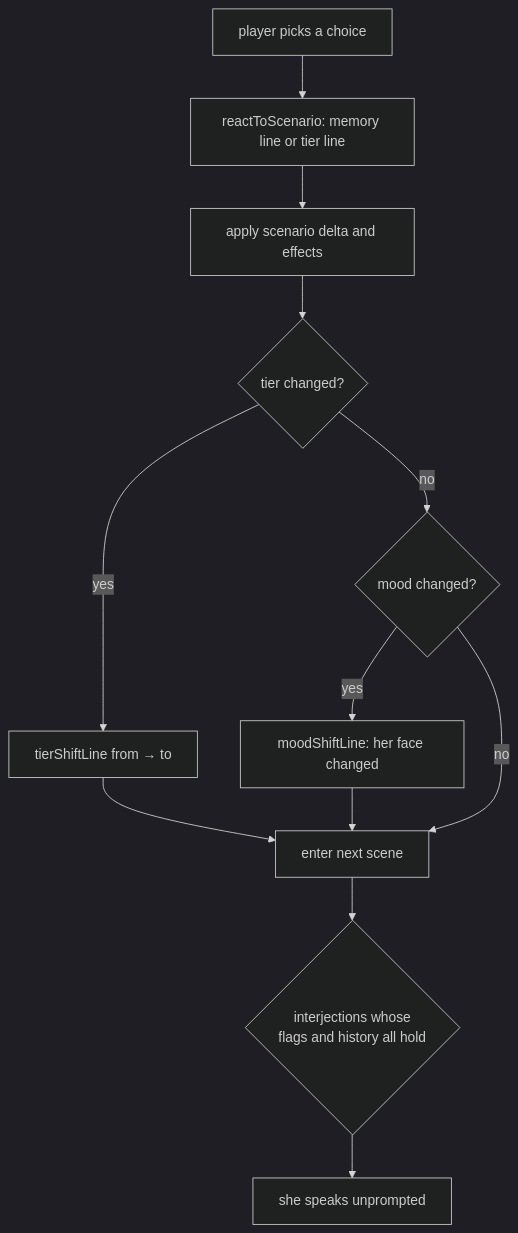
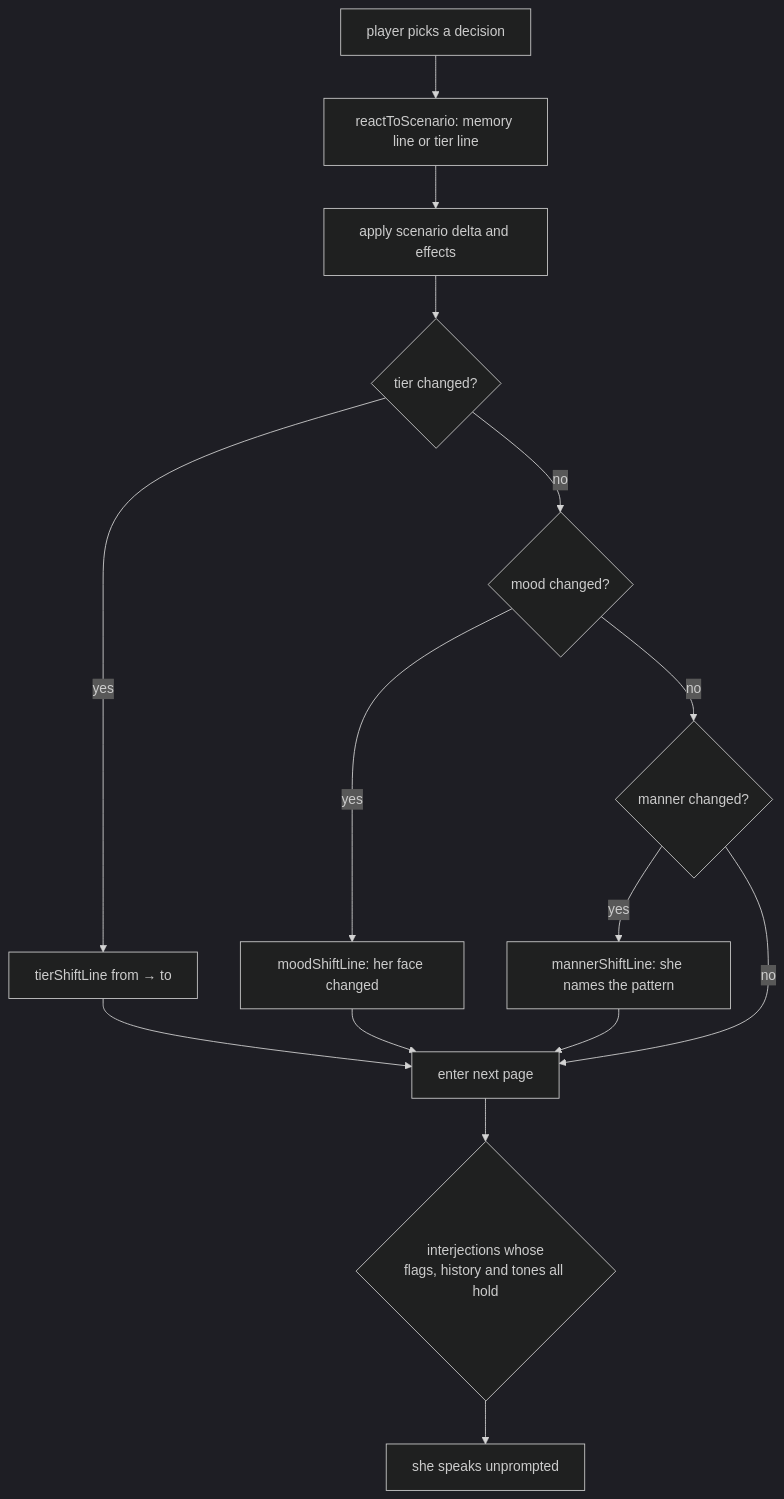
Before and after one commit to jgyy/nextxian: the eighth of 15 diagrams in docs/ARCHITECTURE.md, drawn with Mermaid (dark theme). The commit also changed other lines of this file and 58 other files, not shown here.

````diff
--- a/docs/ARCHITECTURE.md
+++ b/docs/ARCHITECTURE.md
@@ -97,14 +150,17 @@
 ```mermaid
 flowchart TD
-  P[player picks a choice] --> R[reactToScenario: memory line or tier line]
+  P[player picks a decision] --> R[reactToScenario: memory line or tier line]
   R --> D[apply scenario delta and effects]
   D --> T{tier changed?}
   T -- yes --> TL[tierShiftLine from → to]
   T -- no --> M{mood changed?}
   M -- yes --> ML[moodShiftLine: her face changed]
-  M -- no --> E[enter next scene]
+  M -- no --> K{manner changed?}
+  K -- yes --> KL[mannerShiftLine: she names the pattern]
+  K -- no --> E[enter next page]
   TL --> E
   ML --> E
-  E --> I{interjections whose<br/>flags and history all hold}
+  KL --> E
+  E --> I{interjections whose<br/>flags, history and tones all hold}
   I --> SAY[she speaks unprompted]
 ```
````
